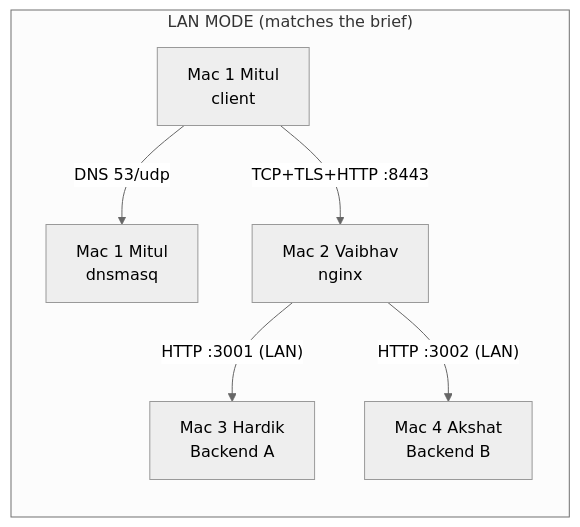
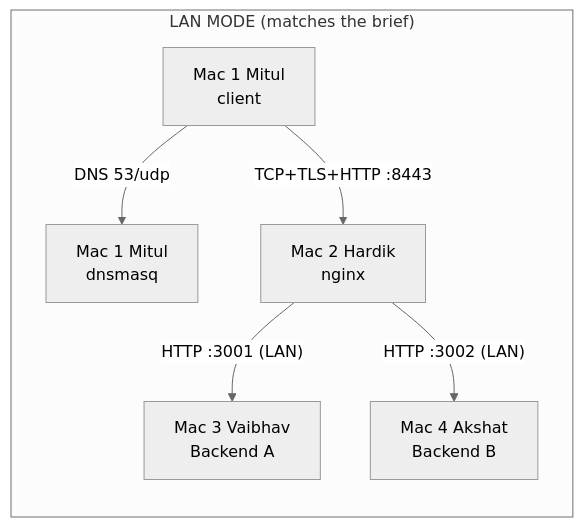
The first of 2 diagrams in README.md (KartikMehra22/CN-Project), drawn with Mermaid (neutral theme) before and after one commit. The commit also changed other lines of this file and 38 other files, not shown here.

First line of the commit message:
refactor: swap Kartik Mehra and Prajwal (Mac 2 = Kartik Mehra edge, Mac 3 = Prajwal Backend A) (#3)

````diff
--- a/README.md
+++ b/README.md
@@ -22,9 +22,9 @@
 ```mermaid
 flowchart LR
   subgraph LAN["LAN MODE (matches the brief)"]
     C1["Mac 1 Mitul<br/>client"] -->|"DNS 53/udp"| D1["Mac 1 Mitul<br/>dnsmasq"]
-    C1 -->|"TCP+TLS+HTTP :8443"| E1["Mac 2 Vaibhav<br/>nginx"]
-    E1 -->|"HTTP :3001 (LAN)"| BA1["Mac 3 Hardik<br/>Backend A"]
+    C1 -->|"TCP+TLS+HTTP :8443"| E1["Mac 2 Hardik<br/>nginx"]
+    E1 -->|"HTTP :3001 (LAN)"| BA1["Mac 3 Vaibhav<br/>Backend A"]
     E1 -->|"HTTP :3002 (LAN)"| BB1["Mac 4 Akshat<br/>Backend B"]
   end
 ```
````
